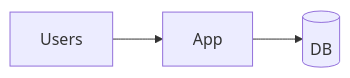
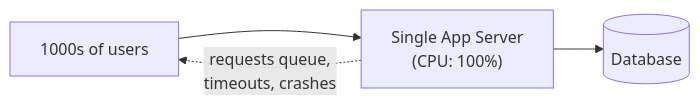
One commit to saroj990/system-design changed the first of 15 diagrams in fundamentals/05-load-balancing.md. Above: the diagram before and after it, drawn with Mermaid. The commit also changed other lines of this file and 14 other files, not shown here.

````diff
--- a/fundamentals/05-load-balancing.md
+++ b/fundamentals/05-load-balancing.md
@@ -13,4 +34,6 @@
 ```mermaid
 flowchart LR
-  Users --> App --> DB[(DB)]
+  Users["1000s of users"] --> App["Single App Server\n(CPU: 100%)"]
+  App --> DB[(Database)]
+  App -.->|"requests queue,\ntimeouts, crashes"| Users
 ```
````
